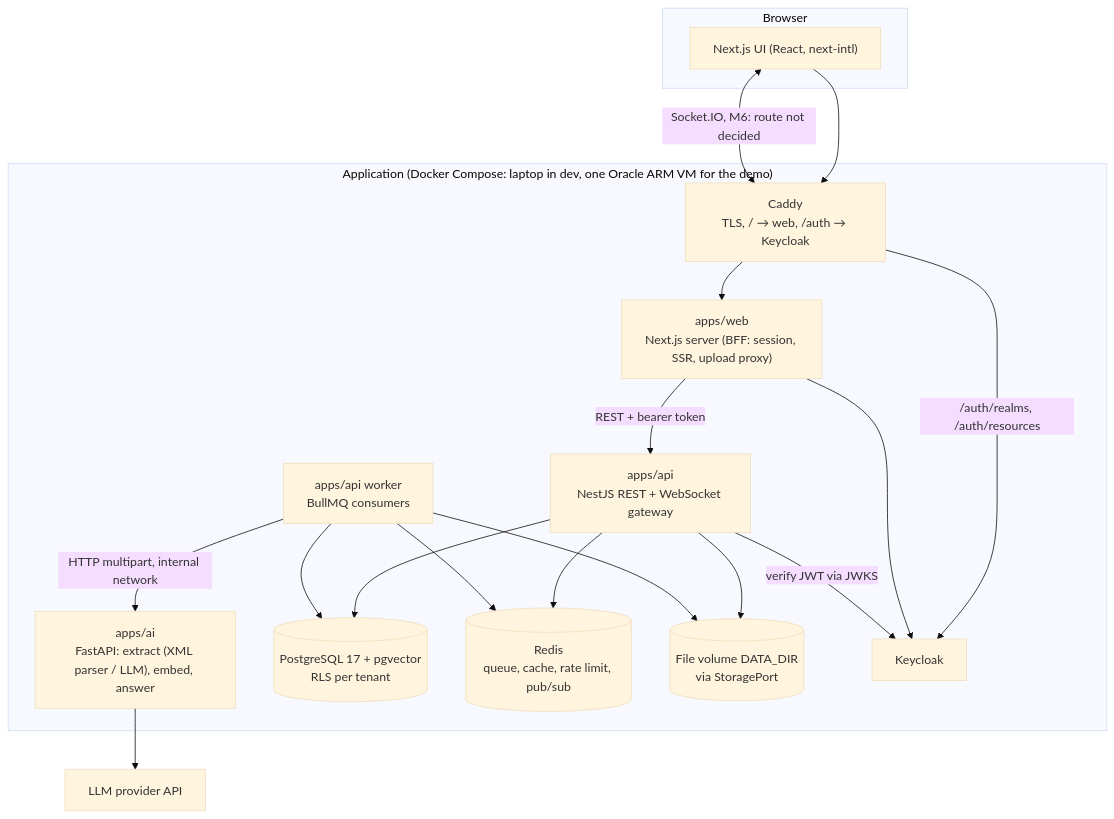
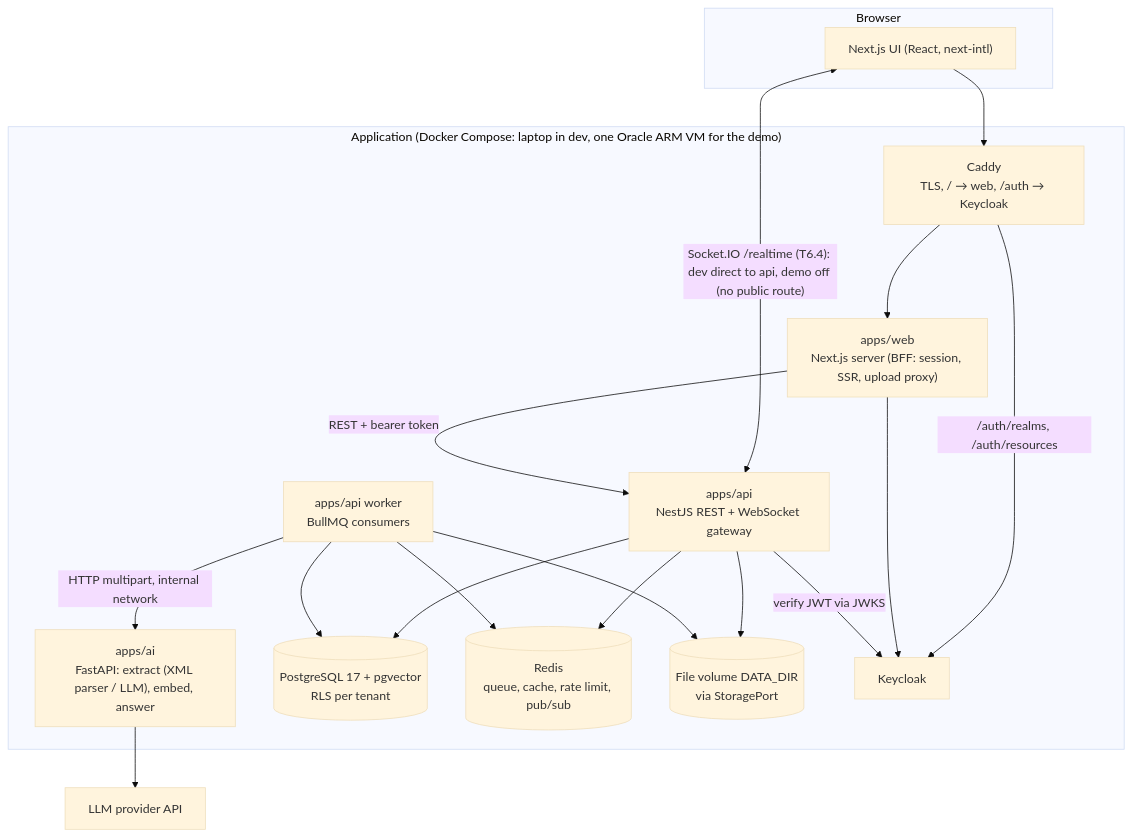
One commit to conghau113/invoice-intelligence-platform changed the second of 4 diagrams in docs/architecture/ARCHITECTURE.md. Above: the diagram before and after it, drawn with Mermaid (base theme). The commit also changed other lines of this file and 58 other files, not shown here.

First line of the commit message:
feat(api,web): push document progress over Socket.IO with a Redis adapter (T6.4)

````diff
--- a/docs/architecture/ARCHITECTURE.md
+++ b/docs/architecture/ARCHITECTURE.md
@@ -32,33 +32,33 @@
 ```mermaid
 flowchart TB
   subgraph browser["Browser"]
     web_ui["Next.js UI (React, next-intl)"]
   end
   subgraph app["Application (Docker Compose: laptop in dev, one Oracle ARM VM for the demo)"]
     caddy["Caddy<br/>TLS, / → web, /auth → Keycloak"]
     web["apps/web<br/>Next.js server (BFF: session, SSR, upload proxy)"]
     api["apps/api<br/>NestJS REST + WebSocket gateway"]
     worker["apps/api worker<br/>BullMQ consumers"]
     ai["apps/ai<br/>FastAPI: extract (XML parser / LLM), embed, answer"]
     pg[("PostgreSQL 17 + pgvector<br/>RLS per tenant")]
     redis[("Redis<br/>queue, cache, rate limit, pub/sub")]
     files[("File volume DATA_DIR<br/>via StoragePort")]
     kc["Keycloak"]
   end
   llm["LLM provider API"]
   web_ui --> caddy
   caddy --> web
   caddy -->|/auth/realms, /auth/resources| kc
-  web_ui <-->|Socket.IO, M6: route not decided| caddy
+  web_ui <-->|"Socket.IO /realtime (T6.4): dev direct to api, demo off (no public route)"| api
   web -->|REST + bearer token| api
   web --> kc
   api --> pg
   api --> redis
   api --> files
   api -->|verify JWT via JWKS| kc
   worker --> redis
   worker --> pg
   worker --> files
   worker -->|HTTP multipart, internal network| ai
   ai --> llm
 ```
````
